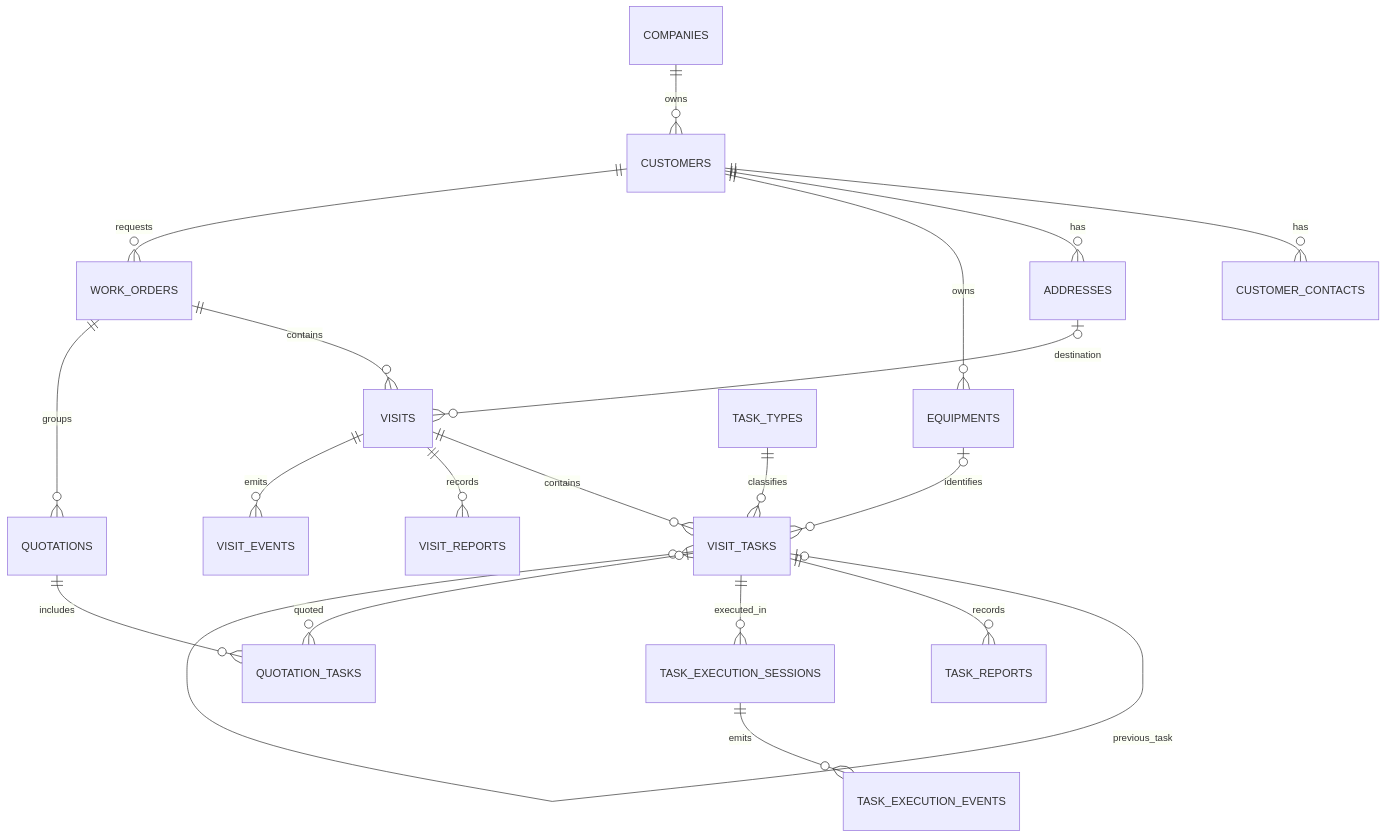
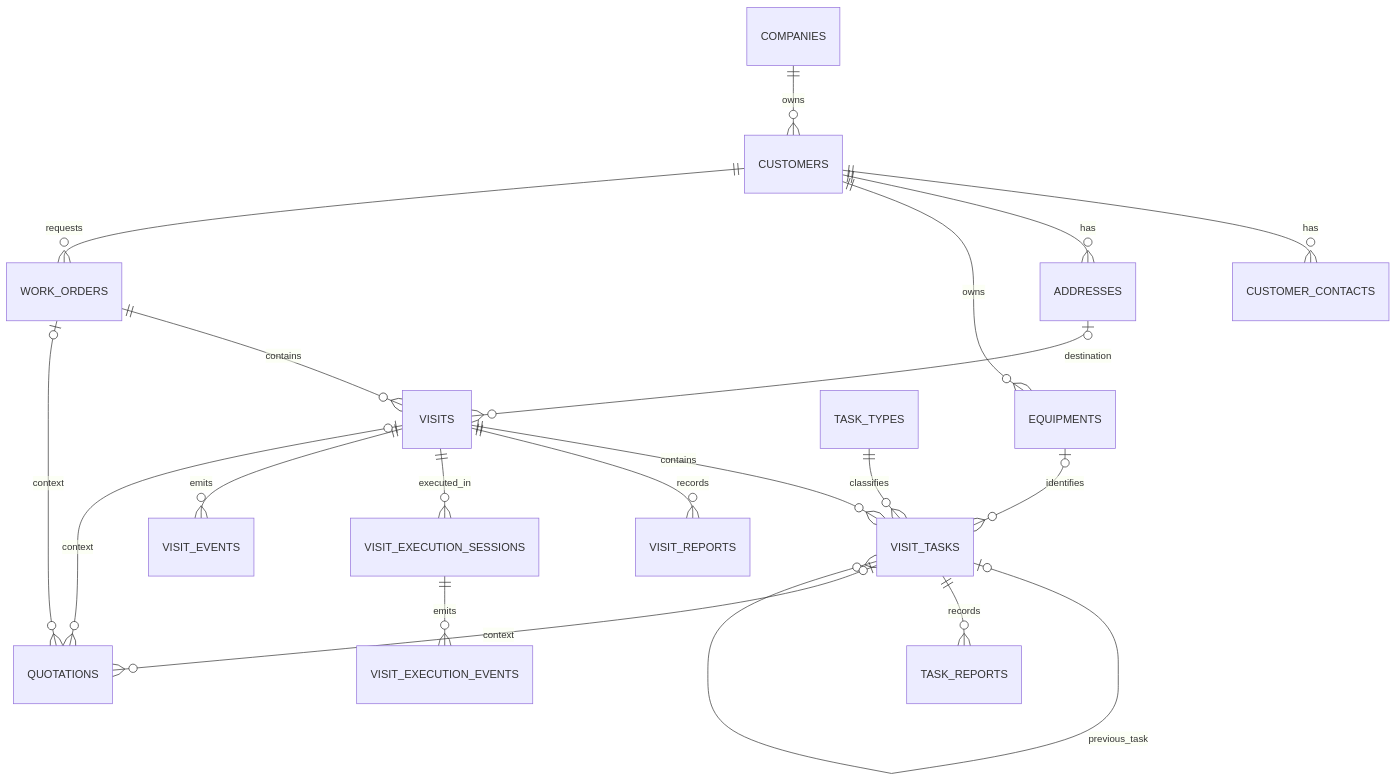
The first of 2 diagrams in documentacao/MODELO_LOGICO_DADOS_OPERACAO.md (lucasfaborges94/erp-winservice-dev-docs), drawn with Mermaid before and after one commit. The commit also changed other lines of this file, not shown here.

````diff
--- a/documentacao/MODELO_LOGICO_DADOS_OPERACAO.md
+++ b/documentacao/MODELO_LOGICO_DADOS_OPERACAO.md
@@ -48,22 +53,22 @@
 ```mermaid
 erDiagram
     COMPANIES ||--o{ CUSTOMERS : owns
     CUSTOMERS ||--o{ CUSTOMER_CONTACTS : has
     CUSTOMERS ||--o{ ADDRESSES : has
     CUSTOMERS ||--o{ EQUIPMENTS : owns
     CUSTOMERS ||--o{ WORK_ORDERS : requests
     WORK_ORDERS ||--o{ VISITS : contains
     ADDRESSES o|--o{ VISITS : destination
     VISITS ||--o{ VISIT_TASKS : contains
     TASK_TYPES ||--o{ VISIT_TASKS : classifies
     EQUIPMENTS o|--o{ VISIT_TASKS : identifies
     VISIT_TASKS o|--o{ VISIT_TASKS : previous_task
     VISITS ||--o{ VISIT_REPORTS : records
     VISIT_TASKS ||--o{ TASK_REPORTS : records
-    VISIT_TASKS ||--o{ TASK_EXECUTION_SESSIONS : executed_in
-    TASK_EXECUTION_SESSIONS ||--o{ TASK_EXECUTION_EVENTS : emits
+    VISITS ||--o{ VISIT_EXECUTION_SESSIONS : executed_in
+    VISIT_EXECUTION_SESSIONS ||--o{ VISIT_EXECUTION_EVENTS : emits
     VISITS ||--o{ VISIT_EVENTS : emits
-    WORK_ORDERS ||--o{ QUOTATIONS : groups
-    VISIT_TASKS o|--o{ QUOTATION_TASKS : quoted
-    QUOTATIONS ||--o{ QUOTATION_TASKS : includes
+    WORK_ORDERS o|--o{ QUOTATIONS : context
+    VISITS o|--o{ QUOTATIONS : context
+    VISIT_TASKS o|--o{ QUOTATIONS : context
 ```
````
